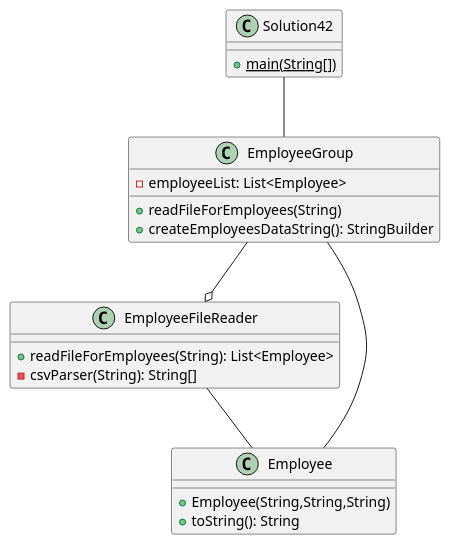
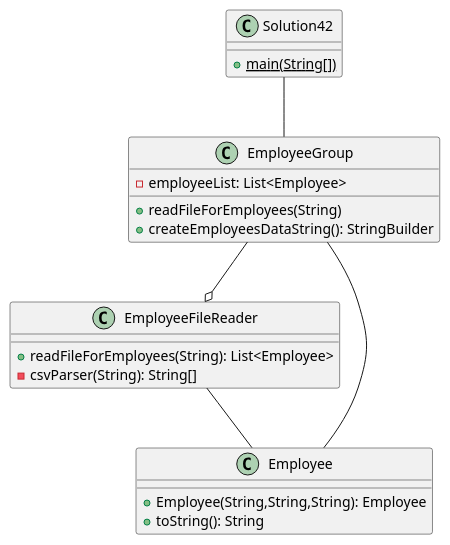
The diagram in exercise42/docs/exercise42uml.puml (MRosario530/rosario-a04), drawn with PlantUML before and after one commit.

Commit message:
committing updates to uml

```diff
--- a/exercise42/docs/exercise42uml.puml
+++ b/exercise42/docs/exercise42uml.puml
@@ -1,33 +1,33 @@
 @startuml
 
 class Solution42 {
     'methods
     +main(String[]) {static}
 }
 
 class EmployeeGroup {
     'attributes
     -employeeList: List<Employee>
     'methods
     +readFileForEmployees(String)
     +createEmployeesDataString(): StringBuilder
 }
 
 class EmployeeFileReader {
     'methods
     +readFileForEmployees(String): List<Employee>
     -csvParser(String): String[]
 }
 
 class Employee {
     'methods - I was unsure if you include a constructor but I chose to out of caution
-    +Employee(String,String,String)
+    +Employee(String,String,String): Employee
     +toString(): String
 }
 
 
 Solution42 -- EmployeeGroup
 EmployeeGroup --o EmployeeFileReader
 EmployeeGroup -- Employee
 EmployeeFileReader -- Employee
 @enduml
```
